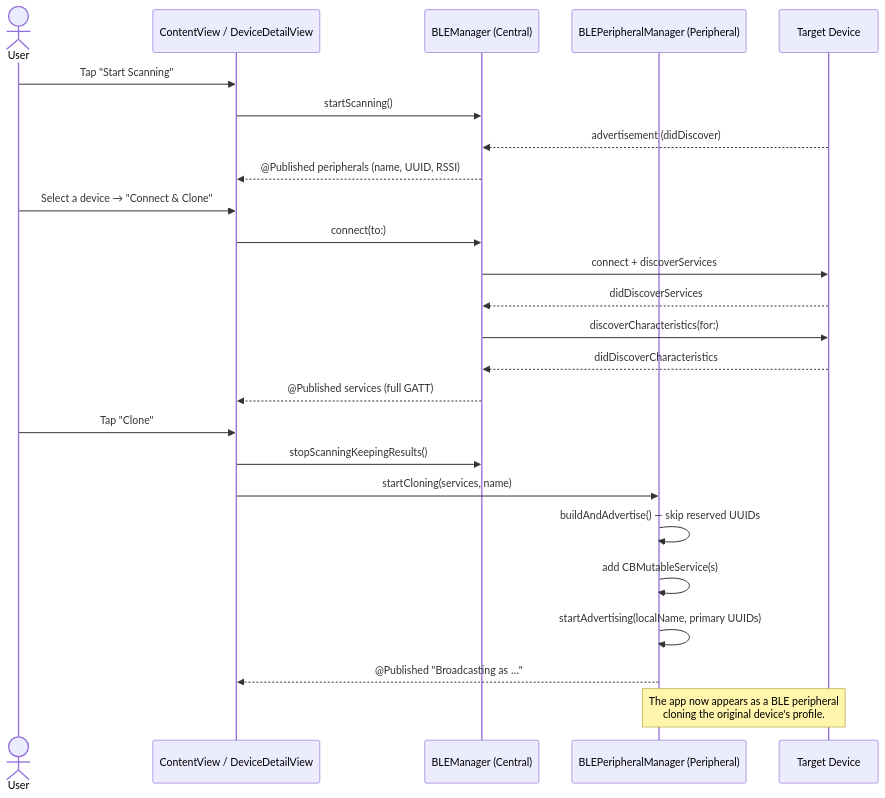
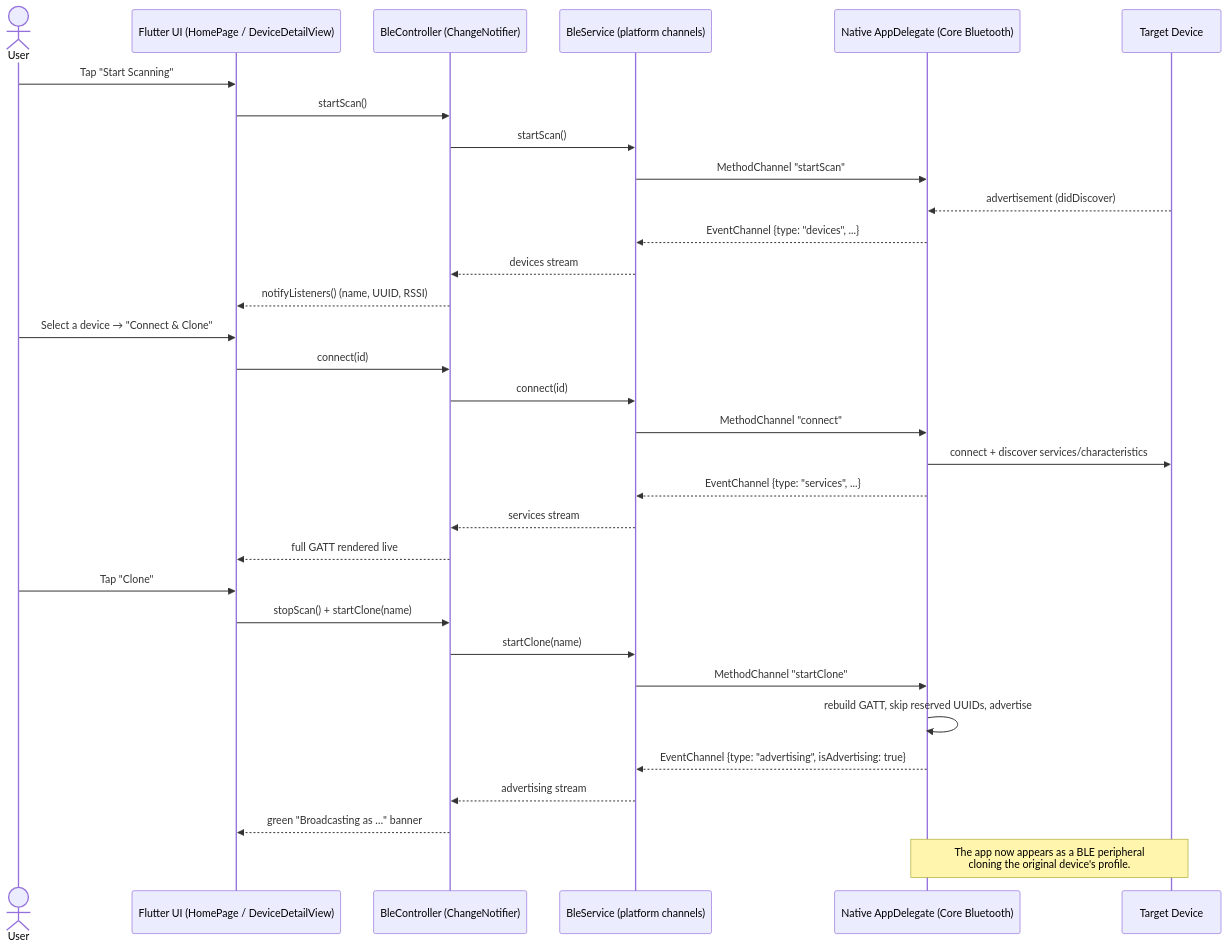
One commit to GEORGIAN86/BLE changed the diagram in README.md. Above: the diagram before and after it, drawn with Mermaid. The commit also changed other lines of this file, not shown here.

First line of the commit message:
docs: Refactor README to document Flutter architecture

````diff
--- a/README.md
+++ b/README.md
@@ -66,30 +53,37 @@
 ```mermaid
 sequenceDiagram
     actor User
-    participant UI as ContentView / DeviceDetailView
-    participant C as BLEManager (Central)
-    participant P as BLEPeripheralManager (Peripheral)
+    participant UI as Flutter UI (HomePage / DeviceDetailView)
+    participant Ctl as BleController (ChangeNotifier)
+    participant Svc as BleService (platform channels)
+    participant Nat as Native AppDelegate (Core Bluetooth)
     participant Dev as Target Device
 
     User->>UI: Tap "Start Scanning"
-    UI->>C: startScanning()
-    Dev-->>C: advertisement (didDiscover)
-    C-->>UI: @Published peripherals (name, UUID, RSSI)
+    UI->>Ctl: startScan()
+    Ctl->>Svc: startScan()
+    Svc->>Nat: MethodChannel "startScan"
+    Dev-->>Nat: advertisement (didDiscover)
+    Nat-->>Svc: EventChannel {type: "devices", ...}
+    Svc-->>Ctl: devices stream
+    Ctl-->>UI: notifyListeners() (name, UUID, RSSI)
 
     User->>UI: Select a device → "Connect & Clone"
-    UI->>C: connect(to:)
-    C->>Dev: connect + discoverServices
-    Dev-->>C: didDiscoverServices
-    C->>Dev: discoverCharacteristics(for:)
-    Dev-->>C: didDiscoverCharacteristics
-    C-->>UI: @Published services (full GATT)
+    UI->>Ctl: connect(id)
+    Ctl->>Svc: connect(id)
+    Svc->>Nat: MethodChannel "connect"
+    Nat->>Dev: connect + discover services/characteristics
+    Nat-->>Svc: EventChannel {type: "services", ...}
+    Svc-->>Ctl: services stream
+    Ctl-->>UI: full GATT rendered live
 
     User->>UI: Tap "Clone"
-    UI->>C: stopScanningKeepingResults()
-    UI->>P: startCloning(services, name)
-    P->>P: buildAndAdvertise() — skip reserved UUIDs
-    P->>P: add CBMutableService(s)
-    P->>P: startAdvertising(localName, primary UUIDs)
-    P-->>UI: @Published "Broadcasting as …"
-    Note over P,Dev: The app now appears as a BLE peripheral<br/>cloning the original device's profile.
+    UI->>Ctl: stopScan() + startClone(name)
+    Ctl->>Svc: startClone(name)
+    Svc->>Nat: MethodChannel "startClone"
+    Nat->>Nat: rebuild GATT, skip reserved UUIDs, advertise
+    Nat-->>Svc: EventChannel {type: "advertising", isAdvertising: true}
+    Svc-->>Ctl: advertising stream
+    Ctl-->>UI: green "Broadcasting as …" banner
+    Note over Nat,Dev: The app now appears as a BLE peripheral<br/>cloning the original device's profile.
 ```
````
